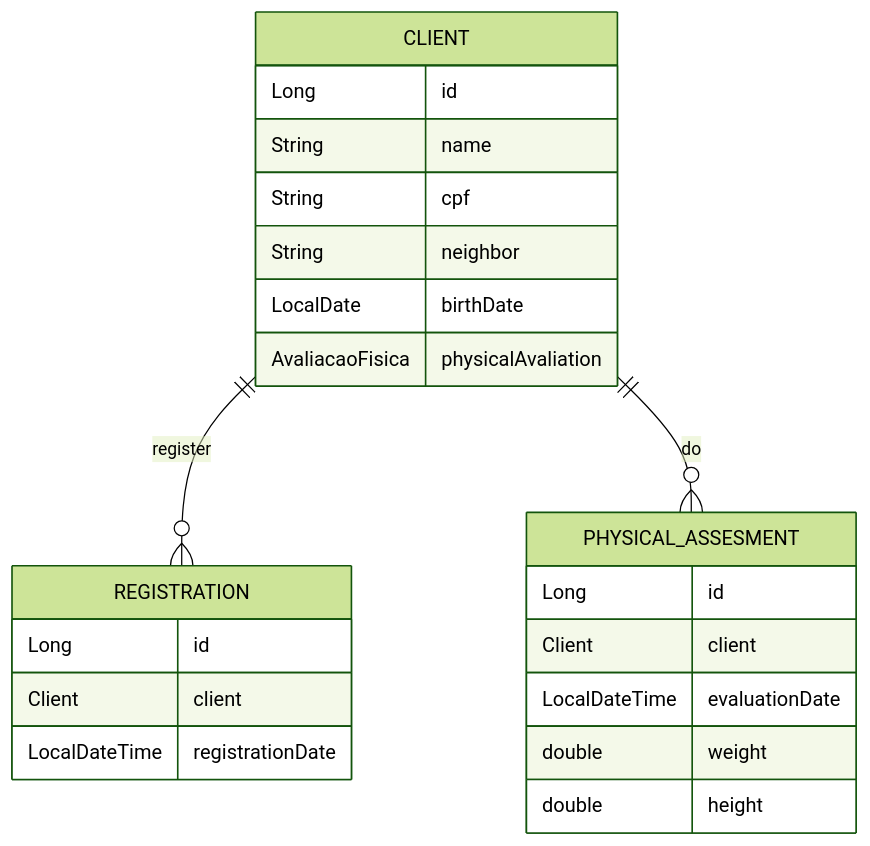
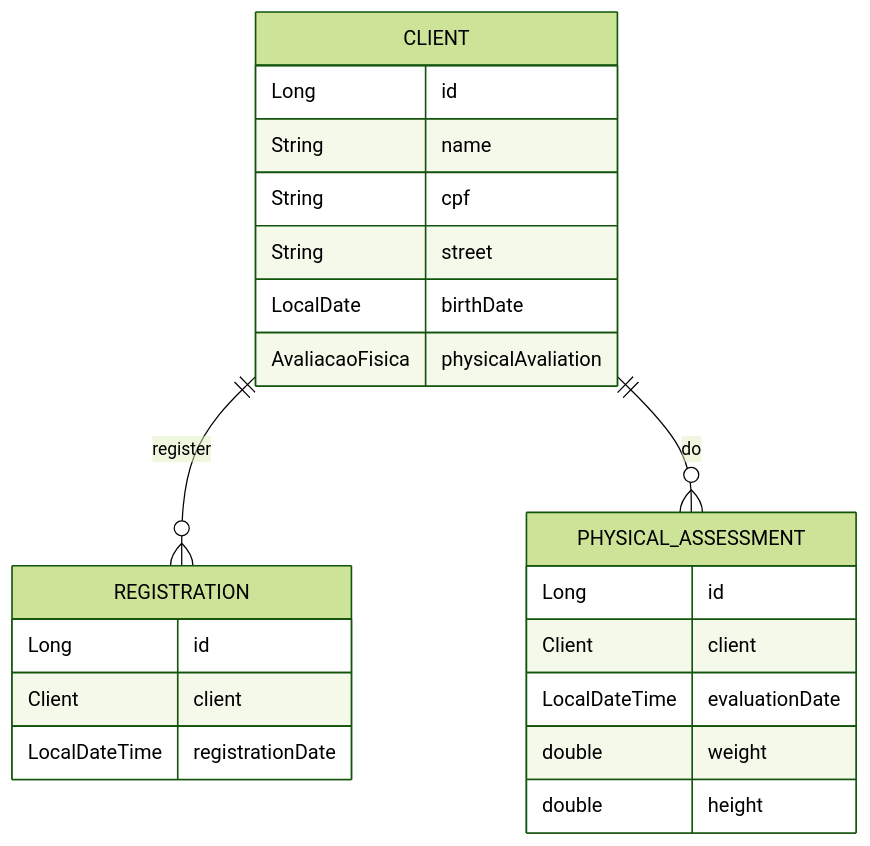
One commit to tfalc/CadimiaApp changed the first of 2 diagrams in README.md. Above: the diagram before and after it, drawn with Mermaid (forest theme). The commit also changed other lines of this file, not shown here.

````diff
--- a/README.md
+++ b/README.md
@@ -11,28 +15,29 @@
 ```mermaid
 erDiagram
 
 CLIENT ||--o{ REGISTRATION : register
     CLIENT { 
         Long id
         String name
         String cpf
-        String neighbor
+        String street
         LocalDate birthDate
         AvaliacaoFisica physicalAvaliation
 }
 
-CLIENT ||--o{ PHYSICAL_ASSESMENT : do
-    PHYSICAL_ASSESMENT { 
+CLIENT ||--o{ PHYSICAL_ASSESSMENT : do
+    PHYSICAL_ASSESSMENT { 
         Long id
         Client client
         LocalDateTime evaluationDate
         double weight
         double height
  }
  
 REGISTRATION {
     Long id
     Client client
     LocalDateTime registrationDate
 }
+
 ```
````
